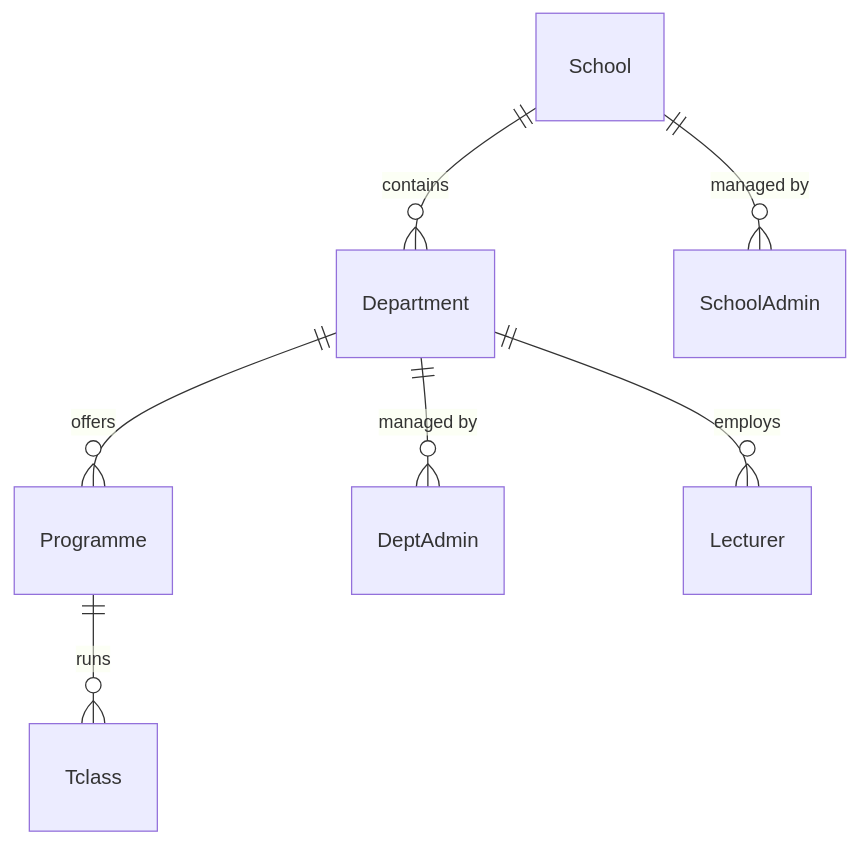
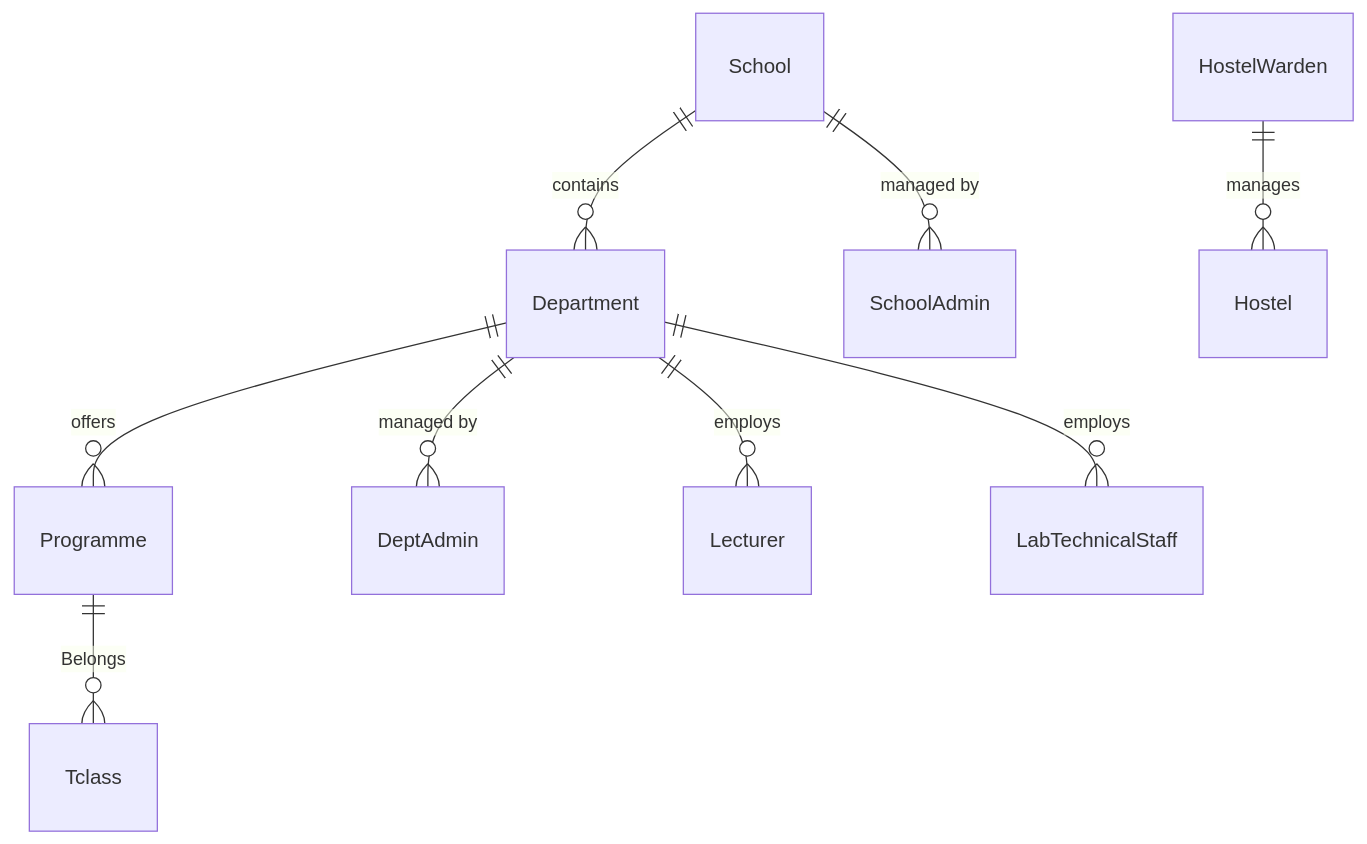
The second of 17 diagrams in docs/er-diagram.md (thelaughingbett/Naet), drawn with Mermaid before and after one commit. The commit also changed other lines of this file and 14 other files, not shown here.

````diff
--- a/docs/er-diagram.md
+++ b/docs/er-diagram.md
@@ -12,10 +35,12 @@
 ```mermaid
 erDiagram
   direction TB
   School ||--o{ Department : "contains"
   Department ||--o{ Programme : "offers"
-  Programme ||--o{ Tclass : "runs"
+  Programme ||--o{ Tclass : "Belongs"
   School ||--o{ SchoolAdmin : "managed by"
   Department ||--o{ DeptAdmin : "managed by"
   Department ||--o{ Lecturer : "employs"
+  Department ||--o{ LabTechnicalStaff : "employs"
+  HostelWarden ||--o{ Hostel : "manages"
 ```
````
